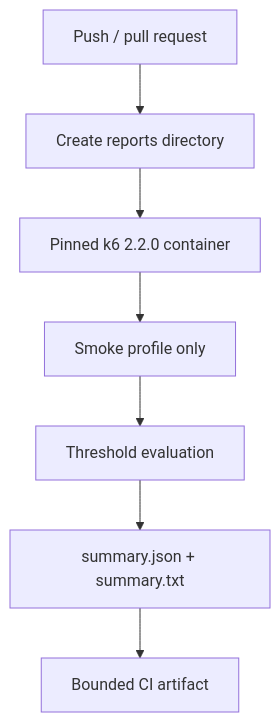
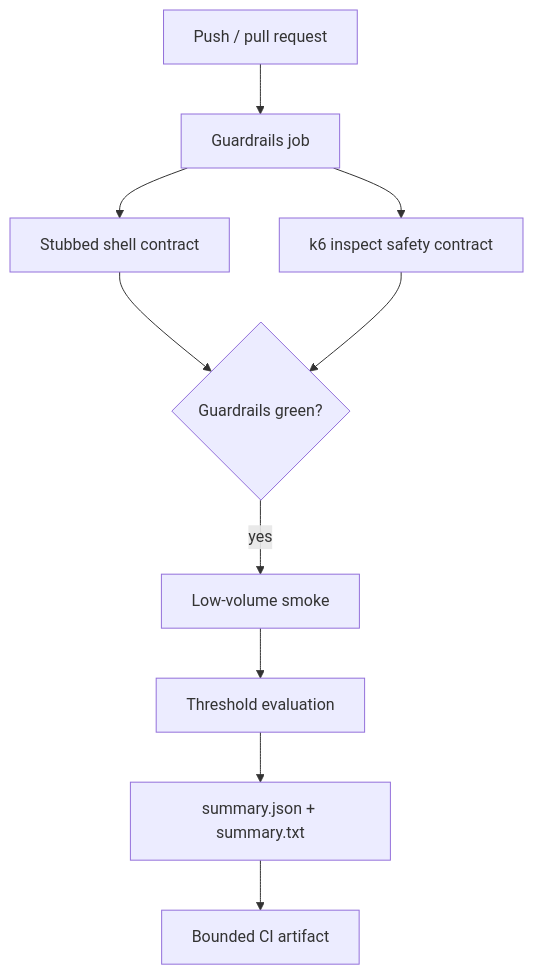
One commit to portyu9/qa-automation-load-k6 changed the second of 2 diagrams in README.md. Above: the diagram before and after it, drawn with Mermaid. The commit also changed other lines of this file and 5 other files, not shown here.

First line of the commit message:
Verify k6 safety guardrails and harden target validation (#5)

````diff
--- a/README.md
+++ b/README.md
@@ -231,9 +259,12 @@
 ```mermaid
 flowchart TD
-    PR[Push / pull request] --> DIR[Create reports directory]
-    DIR --> K6[Pinned k6 2.2.0 container]
-    K6 --> SMOKE[Smoke profile only]
-    SMOKE --> TH[Threshold evaluation]
+    PR[Push / pull request] --> G[Guardrails job]
+    G --> SH[Stubbed shell contract]
+    G --> KI[k6 inspect safety contract]
+    SH --> OK{Guardrails green?}
+    KI --> OK
+    OK -->|yes| S[Low-volume smoke]
+    S --> TH[Threshold evaluation]
     TH --> REP[summary.json + summary.txt]
     REP --> ART[Bounded CI artifact]
 ```
````
